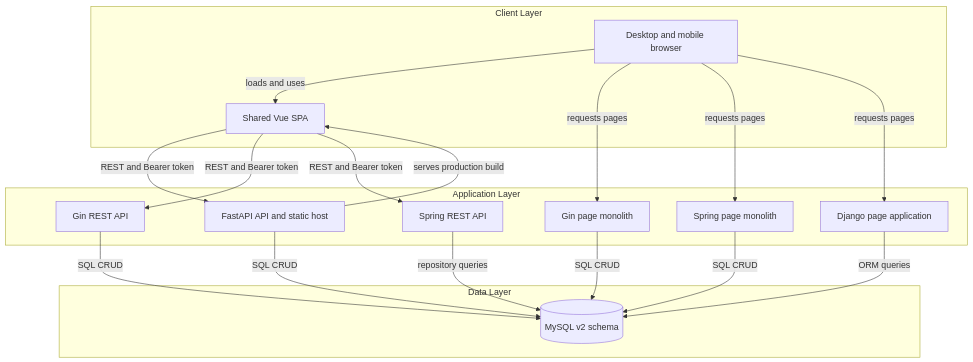
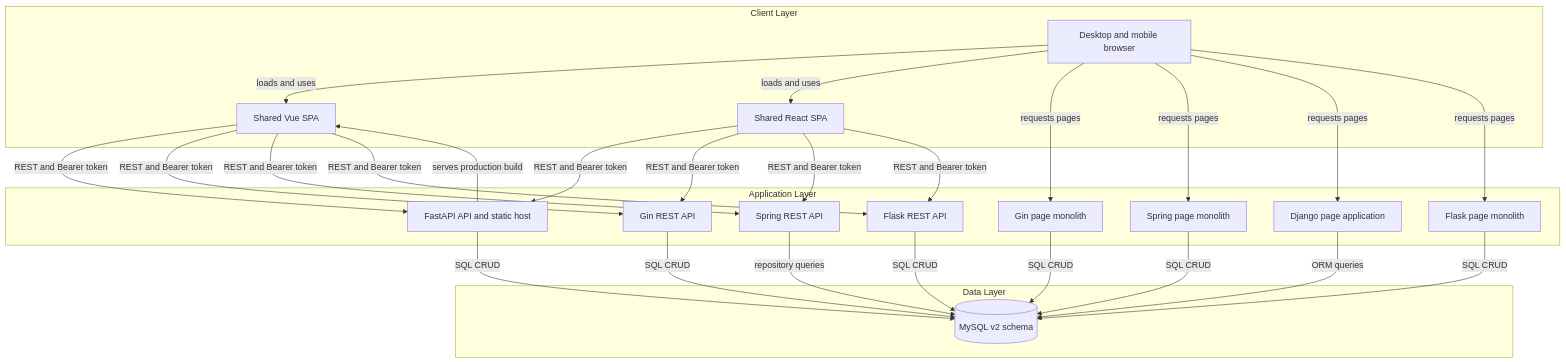
One commit to vincentic/personal-effectiveness-system changed the first of 2 diagrams in docs/architecture/architecture-diagram.md. Above: the diagram before and after it, drawn with Mermaid. The commit also changed other lines of this file and 41 other files, not shown here.

First line of the commit message:
feat(react): add shared productivity frontend

````diff
--- a/docs/architecture/architecture-diagram.md
+++ b/docs/architecture/architecture-diagram.md
@@ -12,33 +12,45 @@
 ```mermaid
 flowchart TD
     subgraph ClientLayer["Client Layer"]
         Browser["Desktop and mobile browser"]
         VueApp["Shared Vue SPA"]
+        ReactApp["Shared React SPA"]
     end
     subgraph ApplicationLayer["Application Layer"]
         FastAPI["FastAPI API and static host"]
         GinPage["Gin page monolith"]
         SpringPage["Spring page monolith"]
         DjangoPage["Django page application"]
+        FlaskPage["Flask page monolith"]
         GinAPI["Gin REST API"]
         SpringAPI["Spring REST API"]
+        FlaskAPI["Flask REST API"]
     end
     subgraph DataLayer["Data Layer"]
         MySQL[("MySQL v2 schema")]
     end
 
     Browser -->|"loads and uses"| VueApp
+    Browser -->|"loads and uses"| ReactApp
     FastAPI -->|"serves production build"| VueApp
     Browser -->|"requests pages"| GinPage
     Browser -->|"requests pages"| SpringPage
     Browser -->|"requests pages"| DjangoPage
+    Browser -->|"requests pages"| FlaskPage
     VueApp -->|"REST and Bearer token"| FastAPI
     VueApp -->|"REST and Bearer token"| GinAPI
     VueApp -->|"REST and Bearer token"| SpringAPI
+    VueApp -->|"REST and Bearer token"| FlaskAPI
+    ReactApp -->|"REST and Bearer token"| FastAPI
+    ReactApp -->|"REST and Bearer token"| GinAPI
+    ReactApp -->|"REST and Bearer token"| SpringAPI
+    ReactApp -->|"REST and Bearer token"| FlaskAPI
     FastAPI -->|"SQL CRUD"| MySQL
     GinPage -->|"SQL CRUD"| MySQL
     SpringPage -->|"SQL CRUD"| MySQL
     DjangoPage -->|"ORM queries"| MySQL
+    FlaskPage -->|"SQL CRUD"| MySQL
     GinAPI -->|"SQL CRUD"| MySQL
     SpringAPI -->|"repository queries"| MySQL
+    FlaskAPI -->|"SQL CRUD"| MySQL
 ```
````
